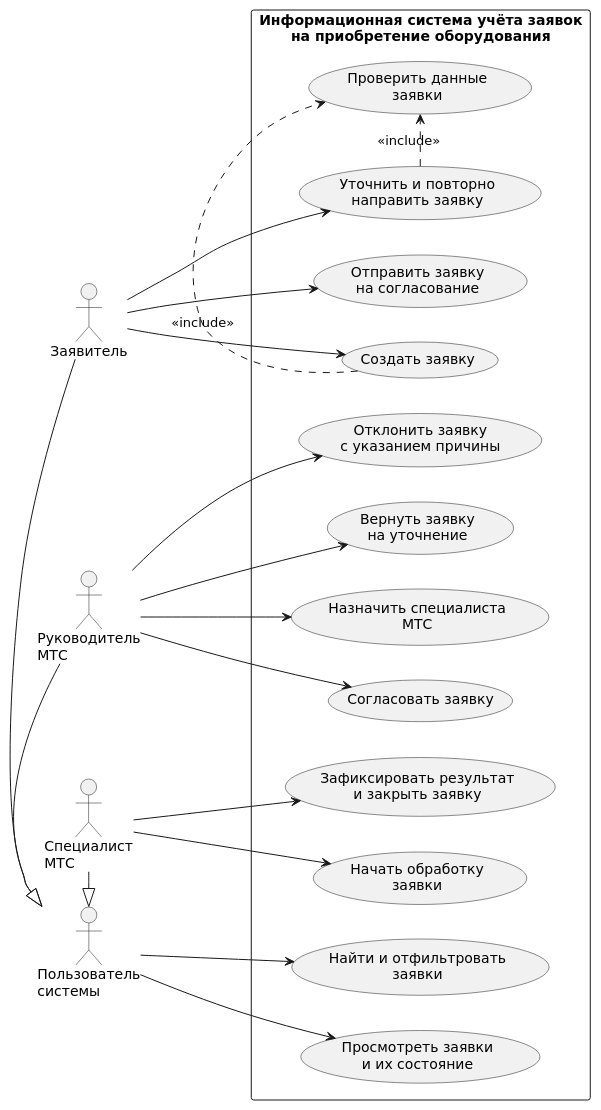
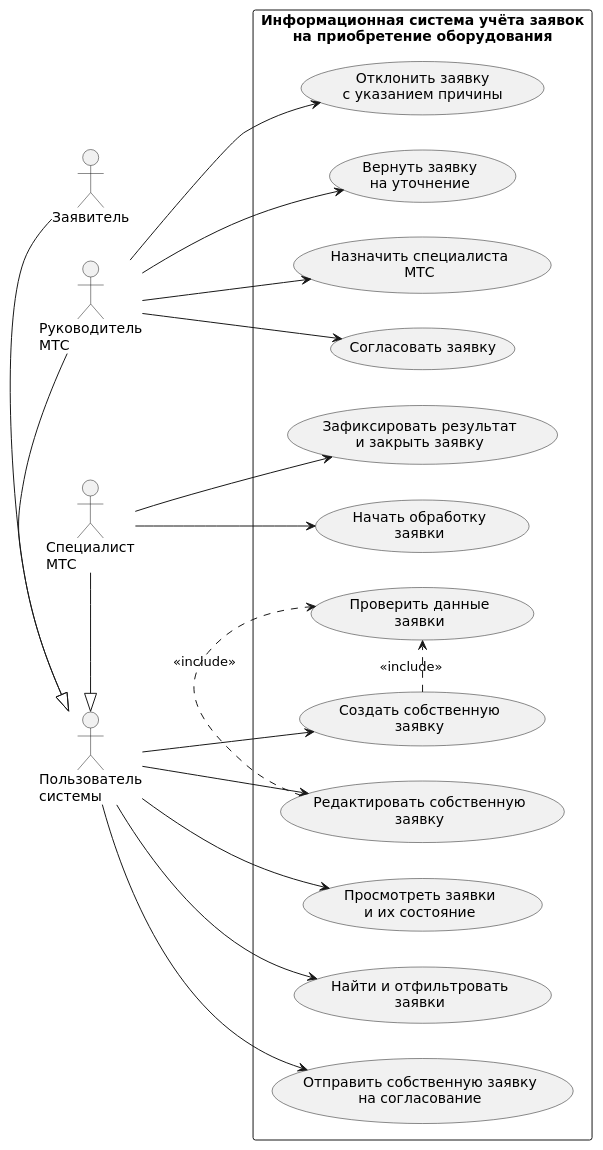
One commit to lgtsnck/piaps-equipment-requests changed the diagram in docs/diagrams/usecase/usecase.puml. Above: the diagram before and after it, drawn with PlantUML. The commit also changed 5 other files, not shown here.

Commit message:
Docs — align requirements and UML models with implementation

```diff
--- a/docs/diagrams/usecase/usecase.puml
+++ b/docs/diagrams/usecase/usecase.puml
@@ -1,56 +1,55 @@
 @startuml
 left to right direction
 
 skinparam backgroundColor #FFFFFF
 skinparam shadowing false
 skinparam defaultFontName "DejaVu Sans"
 skinparam actorStyle stickman
 skinparam packageStyle rectangle
 
 actor "Пользователь\nсистемы" as User
 actor "Заявитель" as Applicant
 actor "Руководитель\nМТС" as Manager
 actor "Специалист\nМТС" as Specialist
 
 Applicant -|> User
 Manager -|> User
 Specialist -|> User
 
 rectangle "Информационная система учёта заявок\nна приобретение оборудования" {
 
   usecase "Просмотреть заявки\nи их состояние" as UC_View
   usecase "Найти и отфильтровать\nзаявки" as UC_Search
 
-  usecase "Создать заявку" as UC_Create
-  usecase "Отправить заявку\nна согласование" as UC_Submit
-  usecase "Уточнить и повторно\nнаправить заявку" as UC_Refine
+  usecase "Создать собственную\nзаявку" as UC_Create
+  usecase "Редактировать собственную\nзаявку" as UC_Edit
+  usecase "Отправить собственную заявку\nна согласование" as UC_Submit
   usecase "Проверить данные\nзаявки" as UC_Validate
 
   usecase "Согласовать заявку" as UC_Approve
   usecase "Отклонить заявку\nс указанием причины" as UC_Reject
   usecase "Вернуть заявку\nна уточнение" as UC_Return
   usecase "Назначить специалиста\nМТС" as UC_Assign
 
   usecase "Начать обработку\nзаявки" as UC_Start
   usecase "Зафиксировать результат\nи закрыть заявку" as UC_Close
 }
 
 User --> UC_View
 User --> UC_Search
-
-Applicant --> UC_Create
-Applicant --> UC_Submit
-Applicant --> UC_Refine
+User --> UC_Create
+User --> UC_Edit
+User --> UC_Submit
 
 Manager --> UC_Approve
 Manager --> UC_Reject
 Manager --> UC_Return
 Manager --> UC_Assign
 
 Specialist --> UC_Start
 Specialist --> UC_Close
 
 UC_Create .> UC_Validate : <<include>>
-UC_Refine .> UC_Validate : <<include>>
+UC_Edit .> UC_Validate : <<include>>
 
 @enduml
```
